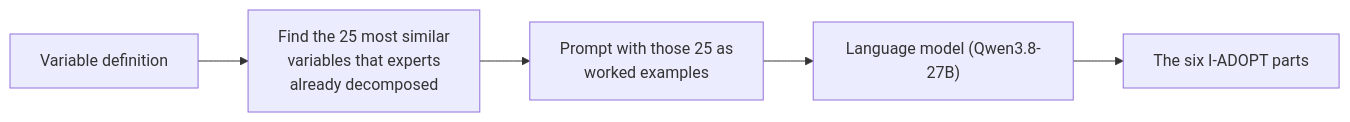
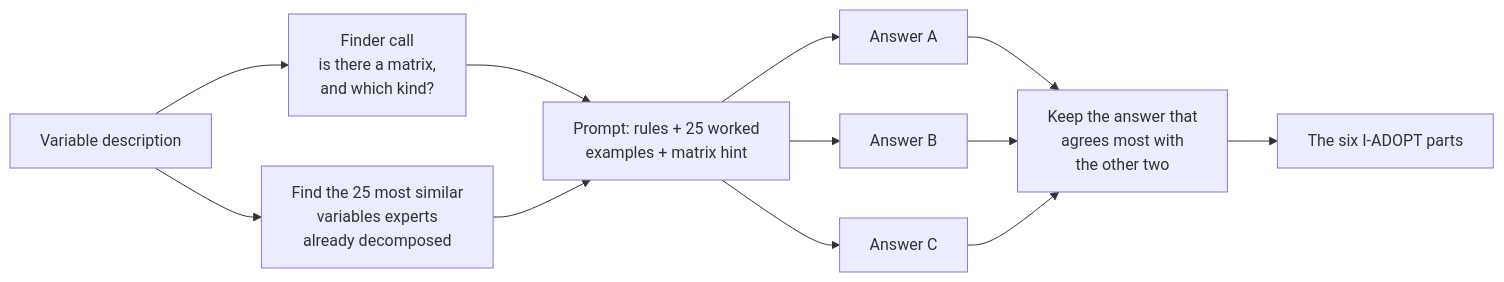
One commit to ArvinRastegar/i-adopt-llm-based-service changed the diagram in README.md. Above: the diagram before and after it, drawn with Mermaid. The commit also changed other lines of this file and 25 other files, not shown here.

````diff
--- a/README.md
+++ b/README.md
@@ -11,9 +11,16 @@
 ```mermaid
 flowchart LR
-  s1["Variable definition"]
-  s2["Find the 25 most similar<br/>variables that experts<br/>already decomposed"]
-  s3["Prompt with those 25 as<br/>worked examples"]
-  s4["Language model (Qwen3.8-27B)"]
-  s5["The six I-ADOPT parts"]
-  s1 --> s2 --> s3 --> s4 --> s5
+  d["Variable description"]
+  f["Finder call<br/>is there a matrix,<br/>and which kind?"]
+  r["Find the 25 most similar<br/>variables experts<br/>already decomposed"]
+  p["Prompt: rules + 25 worked<br/>examples + matrix hint"]
+  a["Answer A"]
+  b["Answer B"]
+  c["Answer C"]
+  k["Keep the answer that<br/>agrees most with<br/>the other two"]
+  o["The six I-ADOPT parts"]
+  d --> f --> p
+  d --> r --> p
+  p --> a & b & c
+  a & b & c --> k --> o
 ```
````
